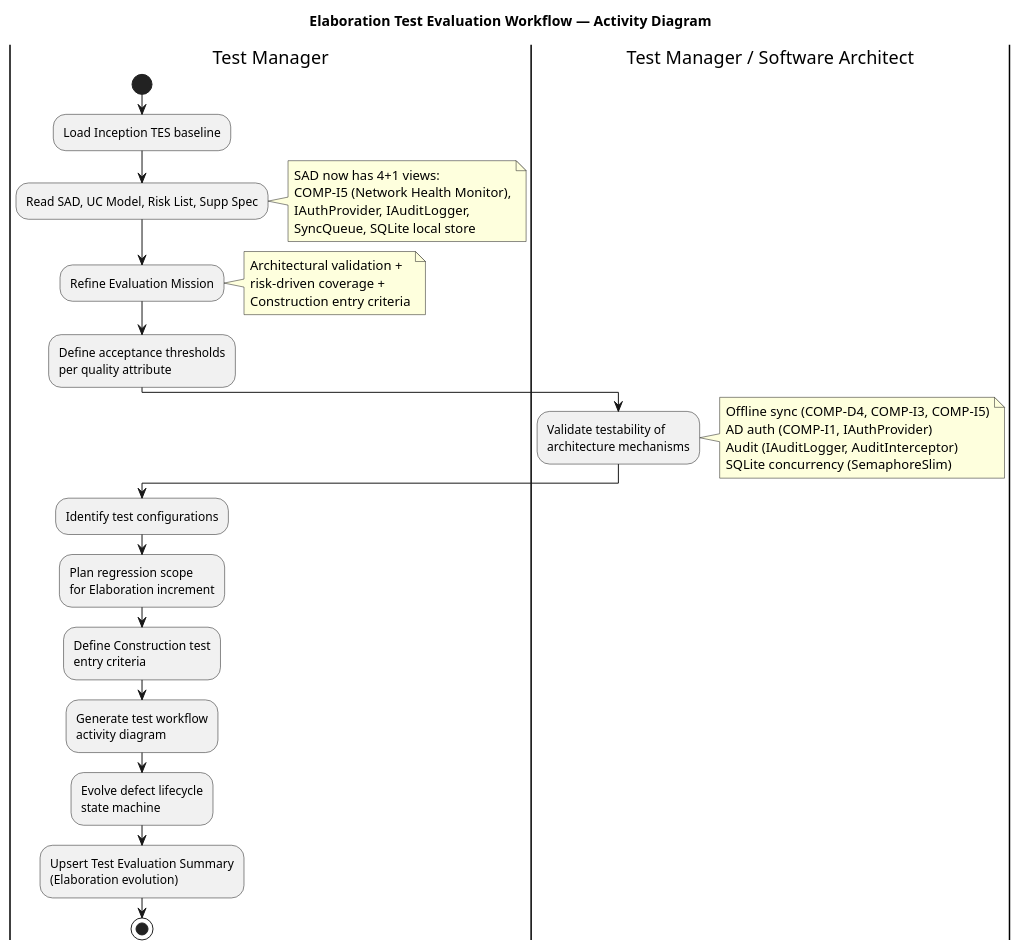
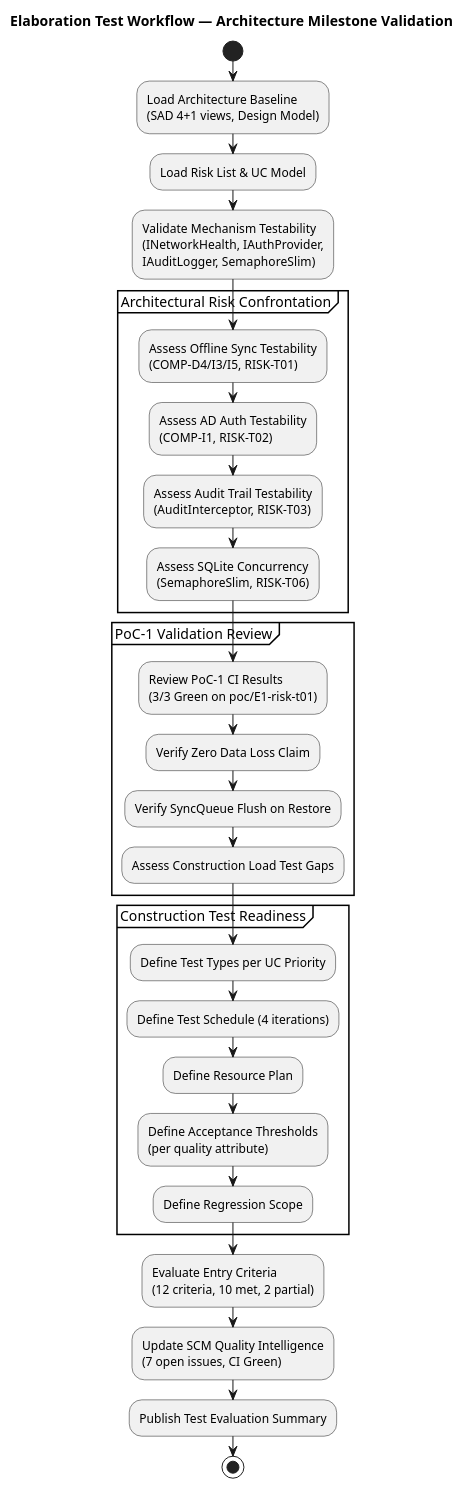
The second of 3 diagrams in docs/artifacts/test/test-evaluation-summary.md (banense-test/demo-janke-lab), drawn with PlantUML before and after one commit. The commit also changed other lines of this file, not shown here.

First line of the commit message:
Test Manager [E2]: upsert Test Evaluation Summary

````diff
--- a/docs/artifacts/test/test-evaluation-summary.md
+++ b/docs/artifacts/test/test-evaluation-summary.md
@@ -36,56 +253,39 @@
 ```plantuml
 @startuml
-title Elaboration Test Evaluation Workflow — Activity Diagram
+title Elaboration Test Workflow — Architecture Milestone Validation
 
-|Test Manager|
 start
-:Load Inception TES baseline;
-:Read SAD, UC Model, Risk List, Supp Spec;
-note right
-  SAD now has 4+1 views:
-  COMP-I5 (Network Health Monitor),
-  IAuthProvider, IAuditLogger,
-  SyncQueue, SQLite local store
-end note
 
-:Refine Evaluation Mission;
-note right
-  Architectural validation +
-  risk-driven coverage +
-  Construction entry criteria
-end note
+:Load Architecture Baseline\n(SAD 4+1 views, Design Model);
+:Load Risk List & UC Model;
+:Validate Mechanism Testability\n(INetworkHealth, IAuthProvider,\nIAuditLogger, SemaphoreSlim);
 
-:Define acceptance thresholds
-per quality attribute;
+partition "Architectural Risk Confrontation" {
+  :Assess Offline Sync Testability\n(COMP-D4/I3/I5, RISK-T01);
+  :Assess AD Auth Testability\n(COMP-I1, RISK-T02);
+  :Assess Audit Trail Testability\n(AuditInterceptor, RISK-T03);
+  :Assess SQLite Concurrency\n(SemaphoreSlim, RISK-T06);
+}
 
-|Test Manager / Software Architect|
-:Validate testability of
-architecture mechanisms;
-note right
-  Offline sync (COMP-D4, COMP-I3, COMP-I5)
-  AD auth (COMP-I1, IAuthProvider)
-  Audit (IAuditLogger, AuditInterceptor)
-  SQLite concurrency (SemaphoreSlim)
-end note
+partition "PoC-1 Validation Review" {
+  :Review PoC-1 CI Results\n(3/3 Green on poc/E1-risk-t01);
+  :Verify Zero Data Loss Claim;
+  :Verify SyncQueue Flush on Restore;
+  :Assess Construction Load Test Gaps;
+}
 
-|Test Manager|
-:Identify test configurations;
-:Plan regression scope
-for Elaboration increment;
+partition "Construction Test Readiness" {
+  :Define Test Types per UC Priority;
+  :Define Test Schedule (4 iterations);
+  :Define Resource Plan;
+  :Define Acceptance Thresholds\n(per quality attribute);
+  :Define Regression Scope;
+}
 
-:Define Construction test
-entry criteria;
-
-:Generate test workflow
-activity diagram;
-
-:Evolve defect lifecycle
-state machine;
-
-:Upsert Test Evaluation Summary
-(Elaboration evolution);
+:Evaluate Entry Criteria\n(12 criteria, 10 met, 2 partial);
+:Update SCM Quality Intelligence\n(7 open issues, CI Green);
+:Publish Test Evaluation Summary;
 
 stop
-
 @enduml
 ```
````
